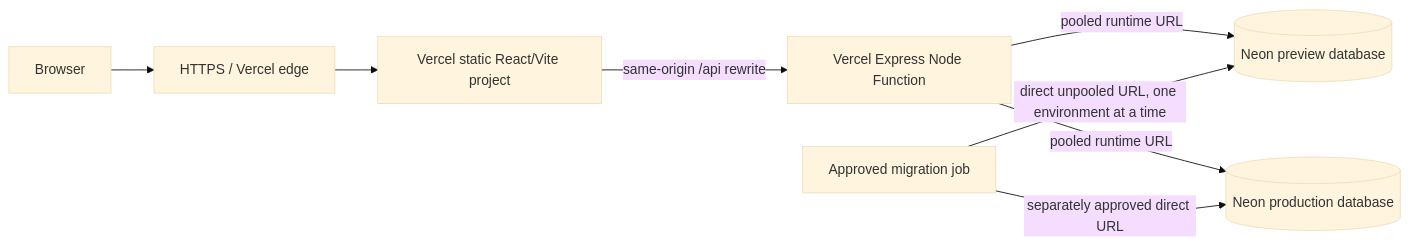
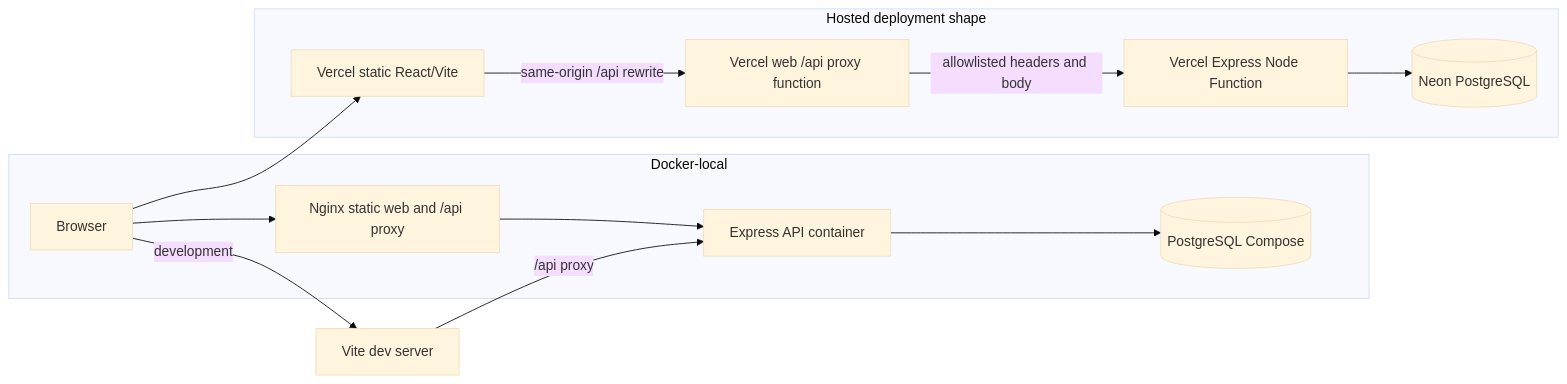
Before and after one commit to arunkumar0398/customer-support-platform: the diagram in docs/architecture.md, drawn with Mermaid (base theme). The commit also changed other lines of this file and 9 other files, not shown here.

````diff
--- a/docs/architecture.md
+++ b/docs/architecture.md
@@ -46,10 +7,18 @@
 ```mermaid
 flowchart LR
-  User[Browser] --> TLS[HTTPS / Vercel edge]
-  TLS --> Web[Vercel static React/Vite project]
-  Web -->|same-origin /api rewrite| API[Vercel Express Node Function]
-  API -->|pooled runtime URL| PreviewDB[(Neon preview database)]
-  API -->|pooled runtime URL| ProdDB[(Neon production database)]
-  Migration[Approved migration job] -->|direct unpooled URL, one environment at a time| PreviewDB
-  Migration -->|separately approved direct URL| ProdDB
+  Browser[Browser]
+  subgraph Local[Docker-local]
+    Nginx[Nginx static web and /api proxy]
+    API[Express API container]
+    DB[(PostgreSQL Compose)]
+    Browser --> Nginx --> API --> DB
+  end
+  subgraph Hosted[Hosted deployment shape]
+    VercelWeb[Vercel static React/Vite]
+    WebProxy[Vercel web /api proxy function]
+    VercelAPI[Vercel Express Node Function]
+    Neon[(Neon PostgreSQL)]
+    Browser --> VercelWeb -->|same-origin /api rewrite| WebProxy -->|allowlisted headers and body| VercelAPI --> Neon
+  end
+  Browser -->|development| Dev[Vite dev server] -->|/api proxy| API
 ```
````
